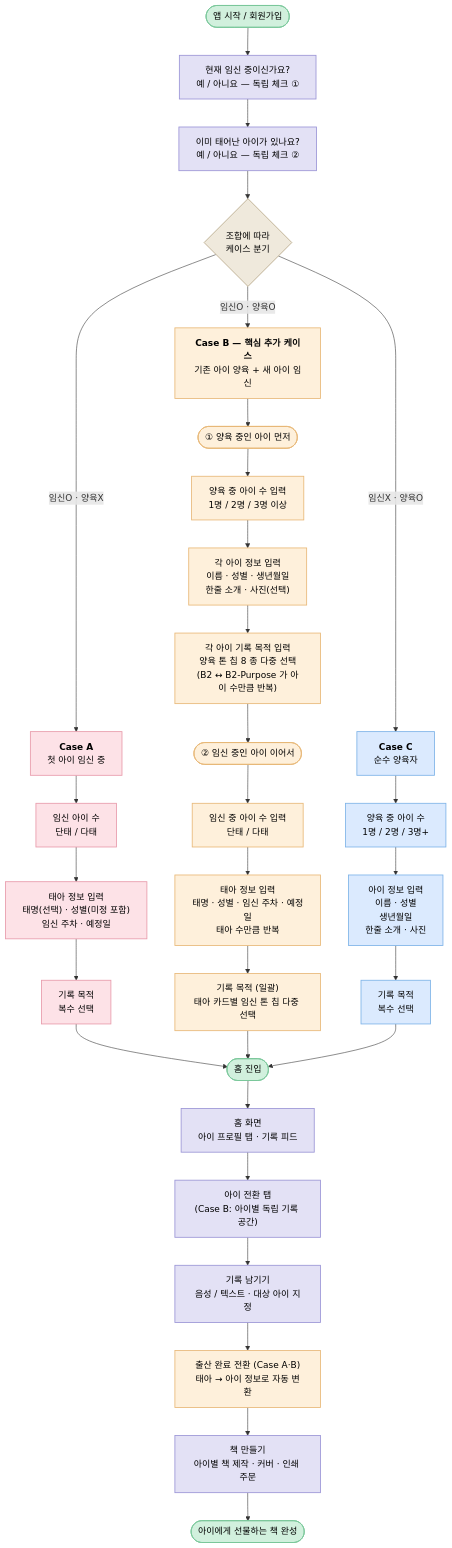
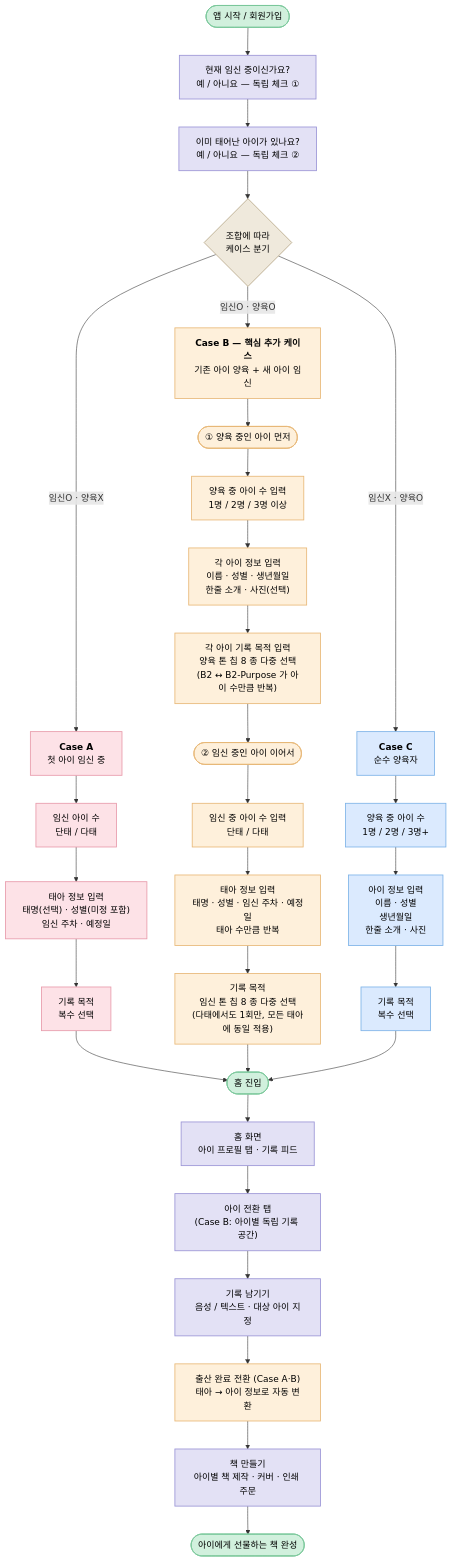
Before and after one commit to dlddu/dear-baby: the diagram in docs/flows/onboarding-flow.md, drawn with Mermaid. The commit also changed other lines of this file and 9 other files, not shown here.

````diff
--- a/docs/flows/onboarding-flow.md
+++ b/docs/flows/onboarding-flow.md
@@ -31,57 +31,57 @@
 ```mermaid
 flowchart TD
     Start([앱 시작 / 회원가입]) --> Q1["현재 임신 중이신가요?<br/>예 / 아니요 — 독립 체크 ①"]
     Q1 --> Q2["이미 태어난 아이가 있나요?<br/>예 / 아니요 — 독립 체크 ②"]
     Q2 --> Branch{"조합에 따라<br/>케이스 분기"}
 
     Branch -- "임신O · 양육X" --> CaseA["<b>Case A</b><br/>첫 아이 임신 중"]
     Branch -- "임신O · 양육O" --> CaseB["<b>Case B — 핵심 추가 케이스</b><br/>기존 아이 양육 + 새 아이 임신"]
     Branch -- "임신X · 양육O" --> CaseC["<b>Case C</b><br/>순수 양육자"]
 
     %% ===== Case A =====
     CaseA --> A1["임신 아이 수<br/>단태 / 다태"]
     A1 --> A2["태아 정보 입력<br/>태명(선택) · 성별(미정 포함)<br/>임신 주차 · 예정일"]
     A2 --> A3["기록 목적<br/>복수 선택"]
     A3 --> HomeEnter([홈 진입])
 
     %% ===== Case B =====
     CaseB --> B0(["① 양육 중인 아이 먼저"])
     B0 --> B1["양육 중 아이 수 입력<br/>1명 / 2명 / 3명 이상"]
     B1 --> B2["각 아이 정보 입력<br/>이름 · 성별 · 생년월일<br/>한줄 소개 · 사진(선택)"]
     B2 --> B2P["각 아이 기록 목적 입력<br/>양육 톤 칩 8 종 다중 선택<br/>(B2 ↔ B2-Purpose 가 아이 수만큼 반복)"]
     B2P --> B3(["② 임신 중인 아이 이어서"])
     B3 --> B4["임신 중 아이 수 입력<br/>단태 / 다태"]
     B4 --> B5["태아 정보 입력<br/>태명 · 성별 · 임신 주차 · 예정일<br/>태아 수만큼 반복"]
-    B5 --> B6["기록 목적 (일괄)<br/>태아 카드별 임신 톤 칩 다중 선택"]
+    B5 --> B6["기록 목적<br/>임신 톤 칩 8 종 다중 선택<br/>(다태에서도 1회만, 모든 태아에 동일 적용)"]
     B6 --> HomeEnter
 
     %% ===== Case C =====
     CaseC --> C1["양육 중 아이 수<br/>1명 / 2명 / 3명+"]
     C1 --> C2["아이 정보 입력<br/>이름 · 성별<br/>생년월일<br/>한줄 소개 · 사진"]
     C2 --> C3["기록 목적<br/>복수 선택"]
     C3 --> HomeEnter
 
     %% ===== 공통 플로우 =====
     HomeEnter --> HomeScreen["홈 화면<br/>아이 프로필 탭 · 기록 피드"]
     HomeScreen --> SwitchTab["아이 전환 탭<br/>(Case B: 아이별 독립 기록 공간)"]
     SwitchTab --> Record["기록 남기기<br/>음성 / 텍스트 · 대상 아이 지정"]
     Record --> Convert["출산 완료 전환 (Case A·B)<br/>태아 → 아이 정보로 자동 변환"]
     Convert --> Book["책 만들기<br/>아이별 책 제작 · 커버 · 인쇄 주문"]
     Book --> Final([아이에게 선물하는 책 완성])
 
     %% ===== 스타일 =====
     classDef caseA fill:#fde2e7,stroke:#e89bab,stroke-width:1.5px,color:#000
     classDef caseB fill:#fef0db,stroke:#e8b878,stroke-width:1.5px,color:#000
     classDef caseC fill:#dbeafe,stroke:#7eb3e8,stroke-width:1.5px,color:#000
     classDef common fill:#e3e1f5,stroke:#9b95d6,stroke-width:1.5px,color:#000
     classDef enter fill:#d1f0dd,stroke:#7ac79a,stroke-width:1.5px,color:#000
     classDef branch fill:#efe9dc,stroke:#b8a98a,stroke-width:1.5px,color:#000
 
     class CaseA,A1,A2,A3 caseA
     class CaseB,B0,B1,B2,B2P,B3,B4,B5,B6 caseB
     class CaseC,C1,C2,C3 caseC
     class Q1,Q2,HomeScreen,SwitchTab,Record,Book common
     class Convert caseB
     class Branch branch
     class Start,HomeEnter,Final enter
 ```
````
